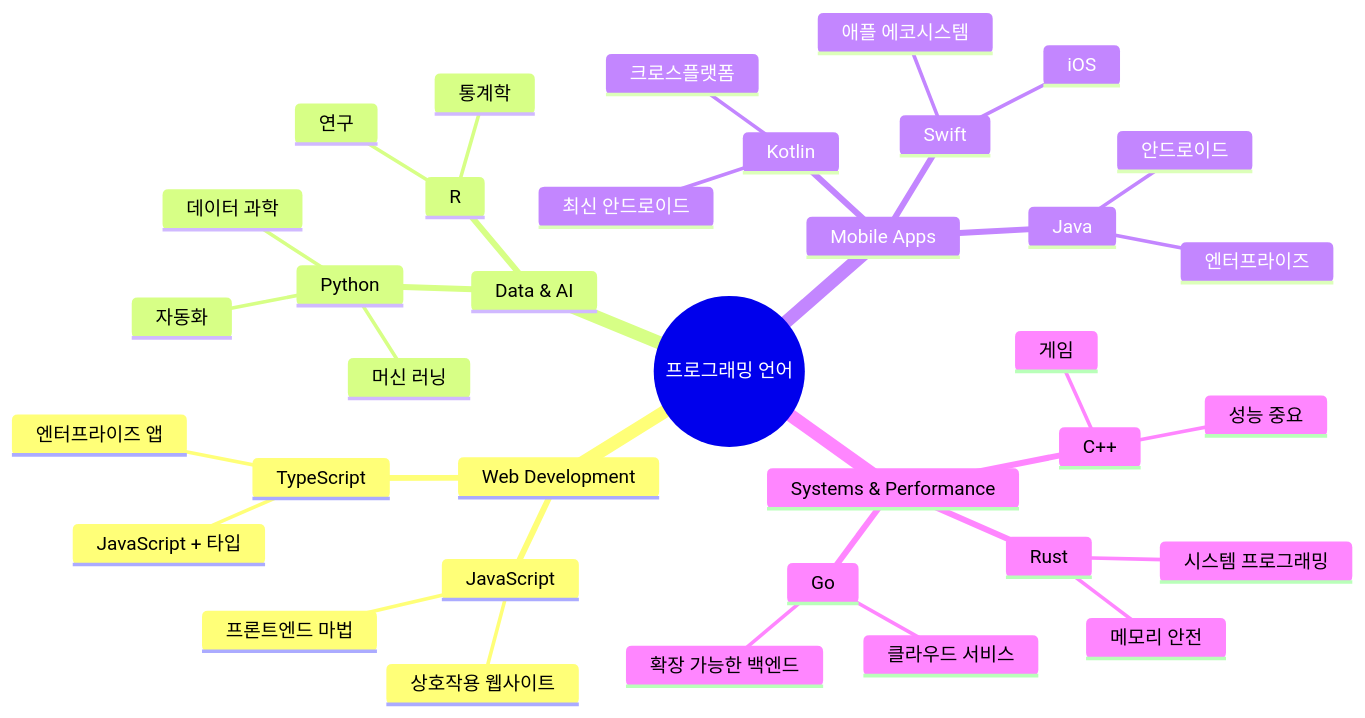
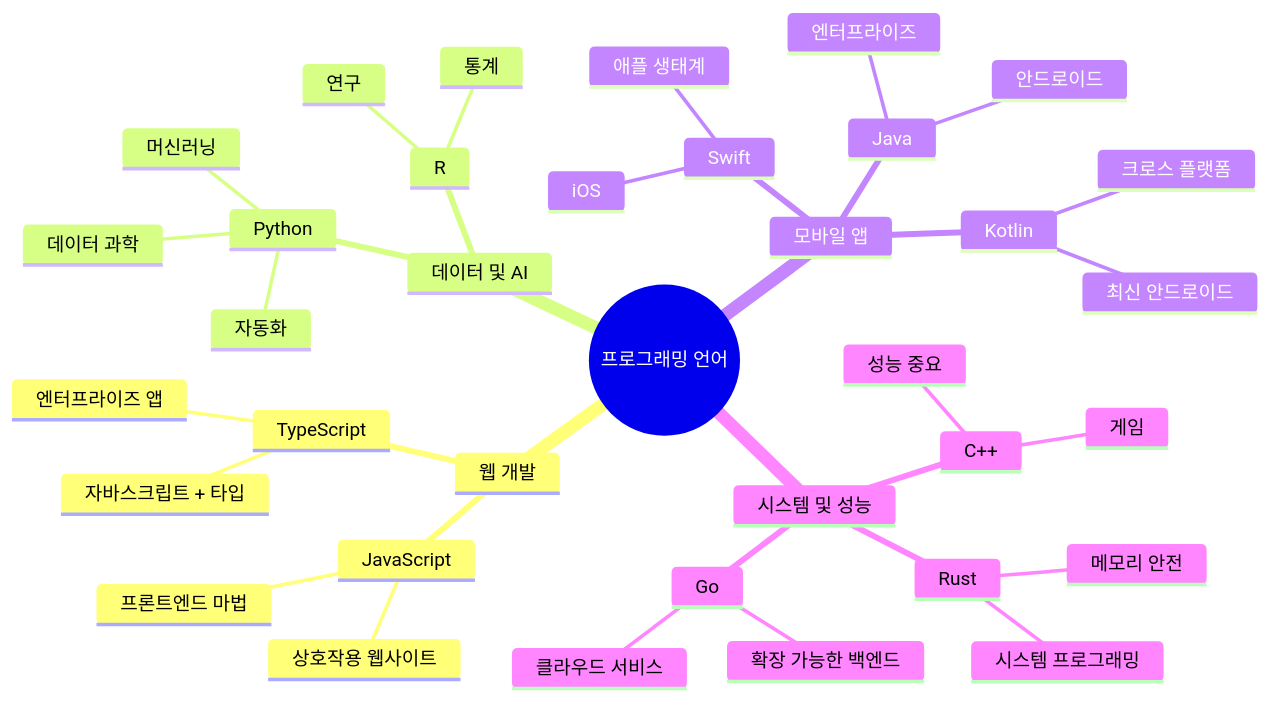
Before and after one commit to microsoft/Web-Dev-For-Beginners: the second of 7 diagrams in translations/ko/1-getting-started-lessons/1-intro-to-programming-languages/README.md, drawn with Mermaid. The commit also changed other lines of this file and 11 other files, not shown here.

````diff
--- a/translations/ko/1-getting-started-lessons/1-intro-to-programming-languages/README.md
+++ b/translations/ko/1-getting-started-lessons/1-intro-to-programming-languages/README.md
@@ -86,39 +85,39 @@
 ```mermaid
 mindmap
   root((프로그래밍 언어))
-    Web Development
+    웹 개발
       JavaScript
         프론트엔드 마법
         상호작용 웹사이트
       TypeScript
-        JavaScript + 타입
+        자바스크립트 + 타입
         엔터프라이즈 앱
-    Data & AI
+    데이터 및 AI
       Python
         데이터 과학
-        머신 러닝
+        머신러닝
         자동화
       R
-        통계학
+        통계
         연구
-    Mobile Apps
+    모바일 앱
       Java
         안드로이드
         엔터프라이즈
       Swift
         iOS
-        애플 에코시스템
+        애플 생태계
       Kotlin
         최신 안드로이드
-        크로스플랫폼
-    Systems & Performance
+        크로스 플랫폼
+    시스템 및 성능
       C++
         게임
         성능 중요
       Rust
         메모리 안전
         시스템 프로그래밍
       Go
         클라우드 서비스
         확장 가능한 백엔드
 ```
````
